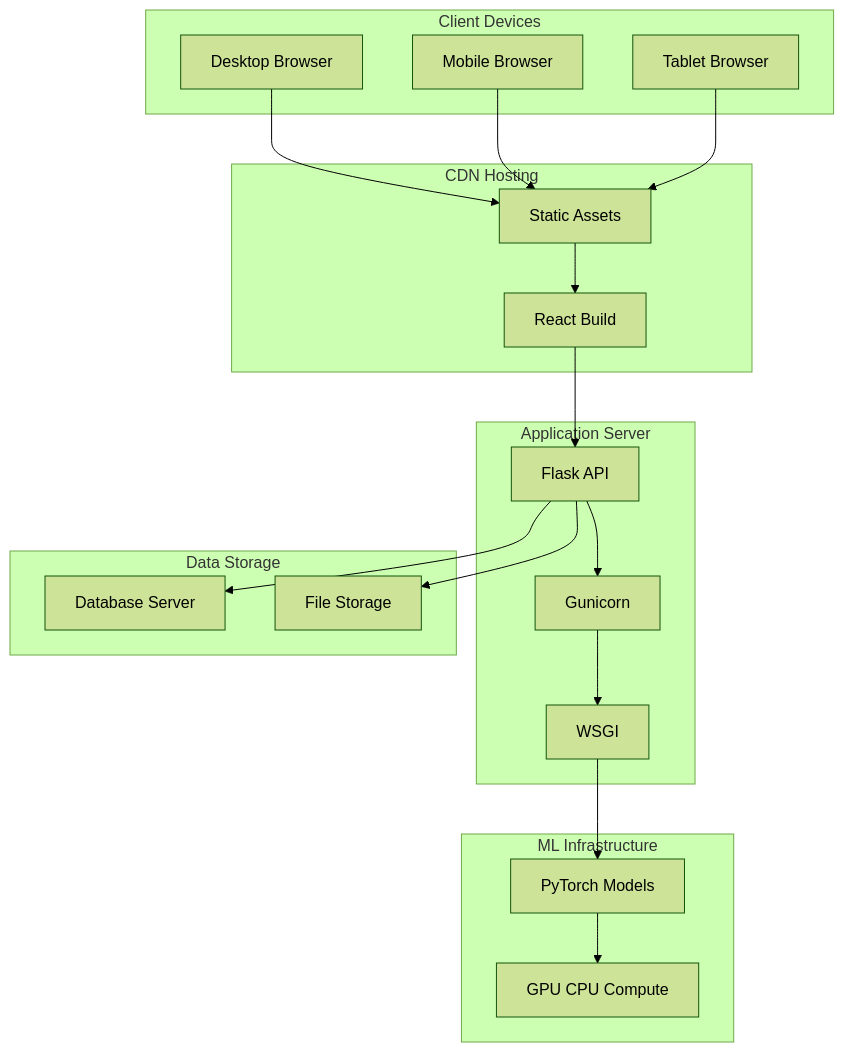
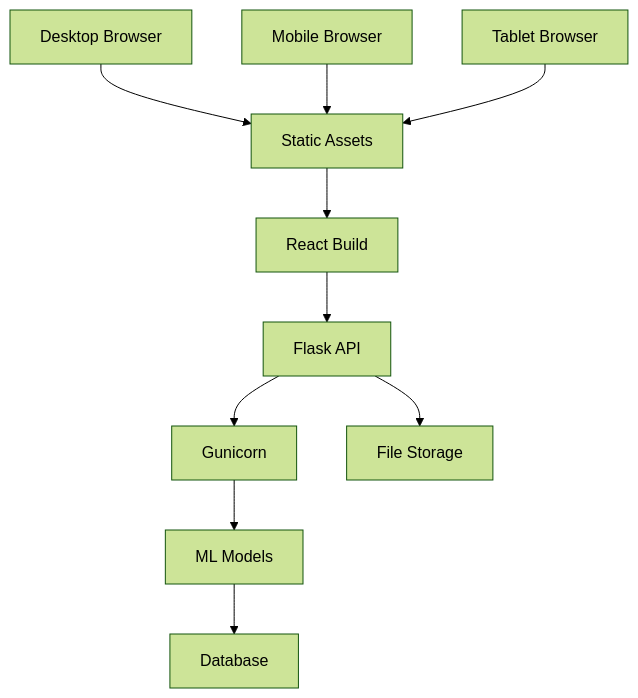
One commit to BTech20/biometric-auth-system changed diagram 11 of 14 in ARCHITECTURE.md. Above: the diagram before and after it, drawn with Mermaid (forest theme). The commit also changed other lines of this file, not shown here.

First line of the commit message:
Simplify all Mermaid diagrams to basic GitHub-compatible syntax

````diff
--- a/ARCHITECTURE.md
+++ b/ARCHITECTURE.md
@@ -346,41 +270,12 @@
 ```mermaid
-graph TB
-    subgraph ClientDevices["Client Devices"]
-        A[Desktop Browser]
-        B[Mobile Browser]
-        C[Tablet Browser]
-    end
-    
-    subgraph CDNHosting["CDN Hosting"]
-        D[Static Assets]
-        E[React Build]
-    end
-    
-    subgraph AppServer["Application Server"]
-        F[Flask API]
-        G[Gunicorn]
-        H[WSGI]
-    end
-    
-    subgraph MLInfra["ML Infrastructure"]
-        I[PyTorch Models]
-        J[GPU CPU Compute]
-    end
-    
-    subgraph DataStorage["Data Storage"]
-        K[Database Server]
-        L[File Storage]
-    end
-    
-    A --> D
-    B --> D
-    C --> D
-    D --> E
-    E --> F
-    F --> G
-    G --> H
-    H --> I
-    I --> J
-    F --> K
-    F --> L
+flowchart TB
+    A[Desktop Browser] --> D[Static Assets]
+    B[Mobile Browser] --> D
+    C[Tablet Browser] --> D
+    D --> E[React Build]
+    E --> F[Flask API]
+    F --> G[Gunicorn]
+    G --> H[ML Models]
+    H --> I[Database]
+    F --> J[File Storage]
 ```
````
